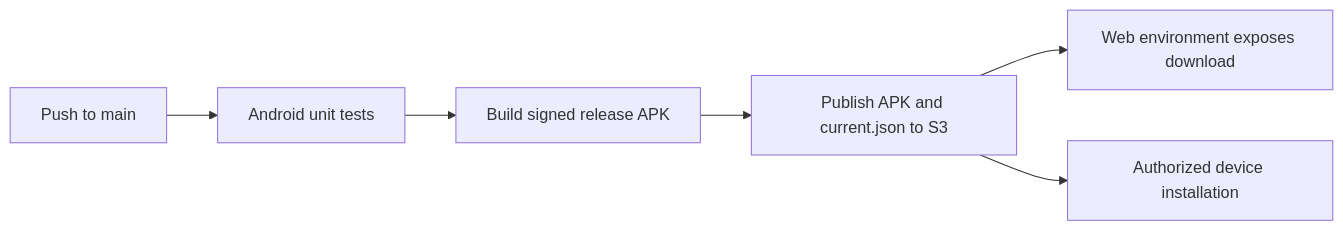
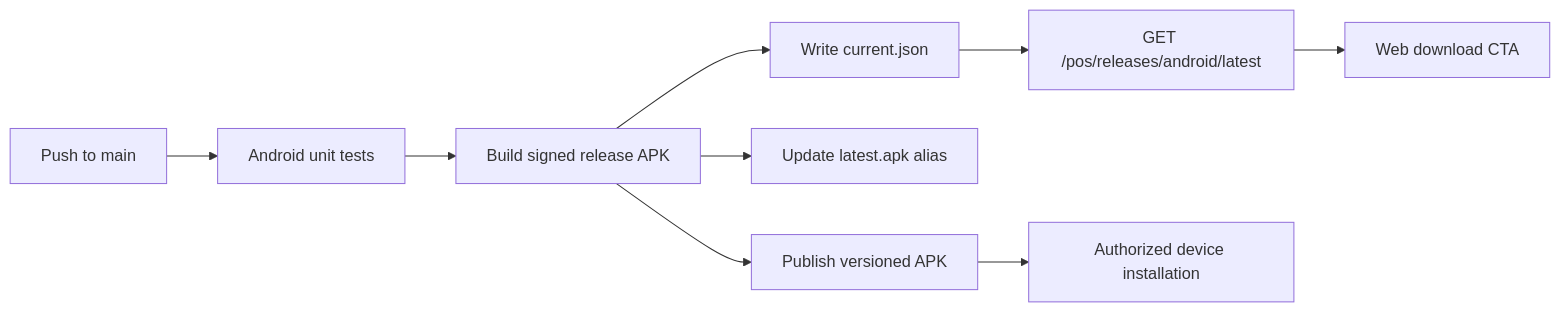
Before and after one commit to alexistrejo11/pimienta-alimentos: the diagram in docs/project/pimienta-pos/infrastructure.md, drawn with Mermaid. The commit also changed other lines of this file and 73 other files, not shown here.

Commit message:
version 2.2.8: versionate apk and web fixes at login and barcodes and remove catalogo maestro products

````diff
--- a/docs/project/pimienta-pos/infrastructure.md
+++ b/docs/project/pimienta-pos/infrastructure.md
@@ -7,8 +7,11 @@
 ```mermaid
 flowchart LR
   Commit[Push to main] --> Test[Android unit tests]
   Test --> Sign[Build signed release APK]
-  Sign --> S3[Publish APK and current.json to S3]
-  S3 --> Web[Web environment exposes download]
-  S3 --> Device[Authorized device installation]
+  Sign --> S3Ver[Publish versioned APK]
+  Sign --> S3Latest[Update latest.apk alias]
+  Sign --> Manifest[Write current.json]
+  Manifest --> API[GET /pos/releases/android/latest]
+  API --> Web[Web download CTA]
+  S3Ver --> Device[Authorized device installation]
 ```
````
